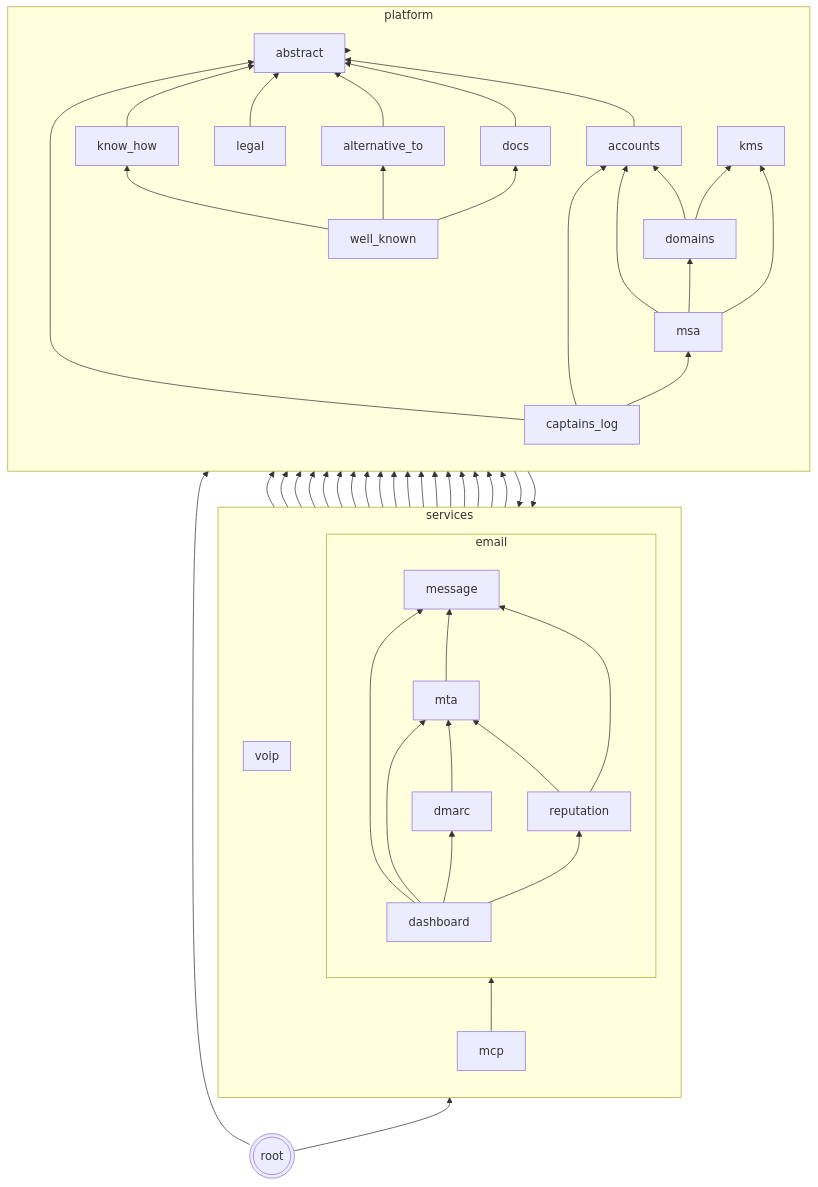
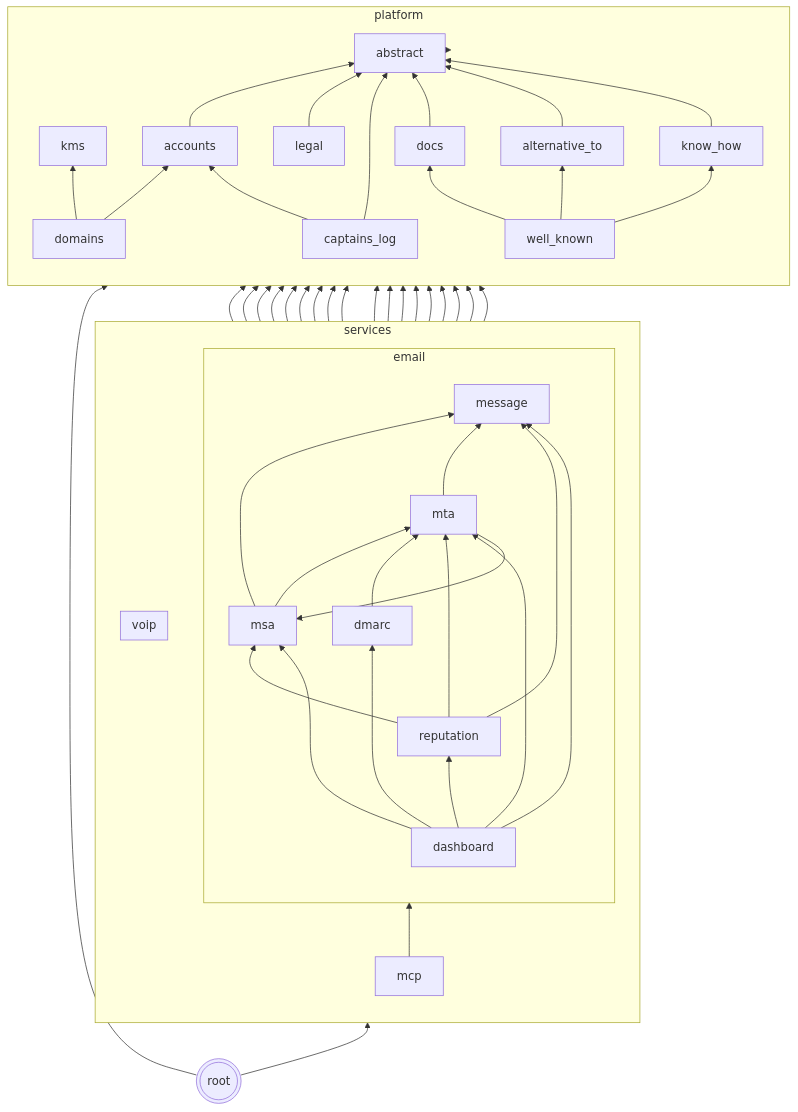
The second of 2 diagrams in README.md (codingjoe/relay), drawn with Mermaid before and after one commit. The commit also changed other lines of this file and 4 other files, not shown here.

````diff
--- a/README.md
+++ b/README.md
@@ -372,81 +372,80 @@
 ```mermaid
 graph BT
  abstract[abstract];
  kms[kms];
  subgraph platform
  direction BT
  accounts
  domains
  know_how[know_how]
  alternative_to[alternative_to]
  captains_log[captains_log]
  docs
  legal
  well_known[well_known]
  domains --> accounts
  accounts --> abstract
  domains --> kms
  legal --> abstract
  know_how --> abstract
  alternative_to --> abstract
  captains_log --> abstract
  captains_log --> accounts
- captains_log --> msa
  docs --> abstract
  well_known --> know_how
  well_known --> alternative_to
  well_known --> docs
  end
  subgraph services
  direction BT
  subgraph email
  direction BT
  dashboard[dashboard]
  message[message]
  msa
  mta
  dmarc
  reputation
  message --> accounts
  message --> domains
  message --> kms
  msa --> message
  msa --> accounts
  msa --> domains
  msa --> kms
  msa --> mta
  mta --> message
  mta --> msa
  mta --> accounts
  mta --> domains
  mta --> kms
  dmarc --> accounts
  dmarc --> domains
  dmarc --> mta
  reputation --> mta
  reputation --> message
  reputation --> domains
  reputation --> accounts
  reputation --> msa
  dashboard --> message
  dashboard --> msa
  dashboard --> mta
  dashboard --> dmarc
  dashboard --> reputation
  end
  mcp
  mcp --> abstract
  mcp --> accounts
  mcp --> docs
  mcp --> know_how
  mcp --> message
  subgraph voip
  direction BT
  end
  end
  services --> platform;
  platform --> abstract;
  root --> services;
  root --> platform;
  root(((root)))
 ```
````
